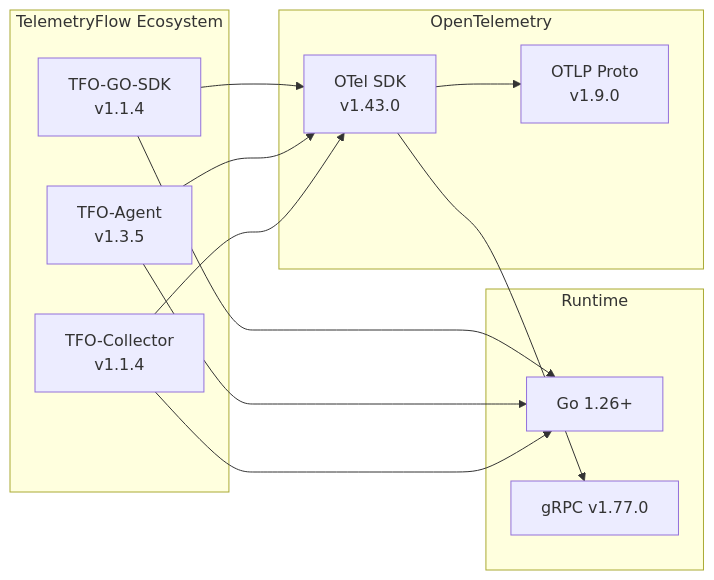
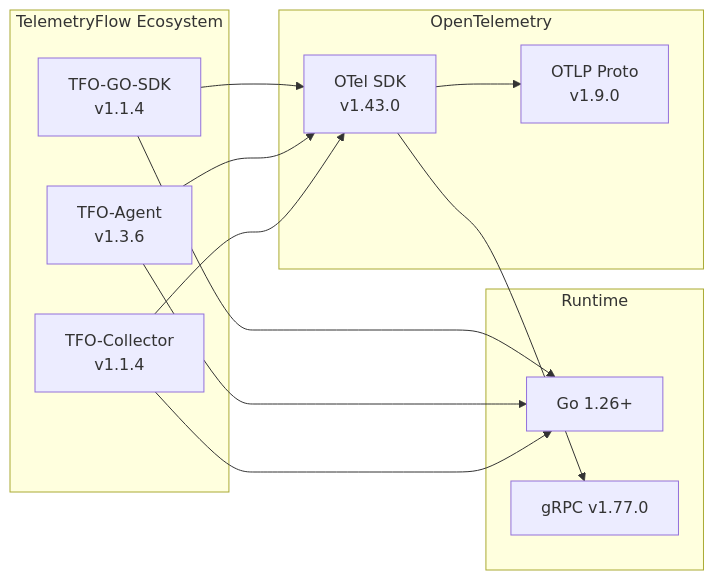
Diagram 13 of 15 in docs/ARCHITECTURE.md (telemetryflow/telemetryflow-agent), drawn with Mermaid before and after one commit. The commit also changed other lines of this file and 25 other files, not shown here.

First line of the commit message:
docs: synchronize docs + config to TFO-Agent v1.3.6

````diff
--- a/docs/ARCHITECTURE.md
+++ b/docs/ARCHITECTURE.md
@@ -530,29 +530,29 @@
 ```mermaid
 graph LR
     subgraph "TelemetryFlow Ecosystem"
         SDK[TFO-GO-SDK<br/>v1.1.4]
-        AGENT[TFO-Agent<br/>v1.3.5]
+        AGENT[TFO-Agent<br/>v1.3.6]
         COLL[TFO-Collector<br/>v1.1.4]
     end
 
     subgraph "OpenTelemetry"
         OTEL[OTel SDK<br/>v1.43.0]
         PROTO[OTLP Proto<br/>v1.9.0]
     end
 
     subgraph "Runtime"
         GO[Go 1.26+]
         GRPC[gRPC v1.77.0]
     end
 
     SDK --> OTEL
     AGENT --> OTEL
     COLL --> OTEL
 
     OTEL --> PROTO
     OTEL --> GRPC
 
     SDK --> GO
     AGENT --> GO
     COLL --> GO
 ```
````
